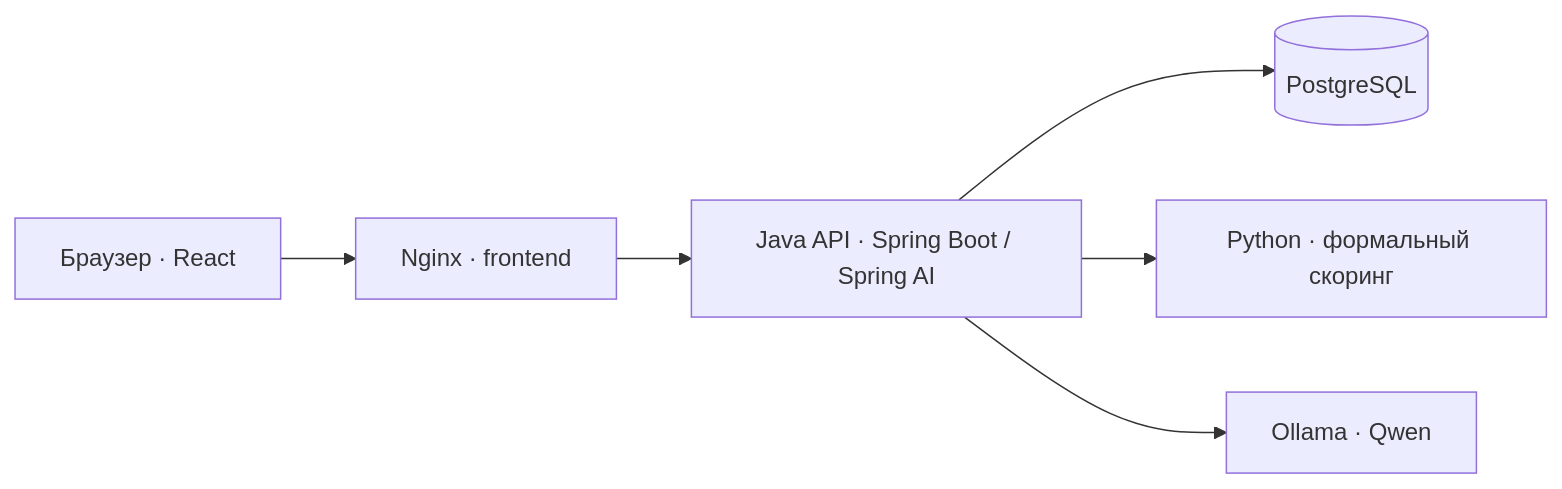
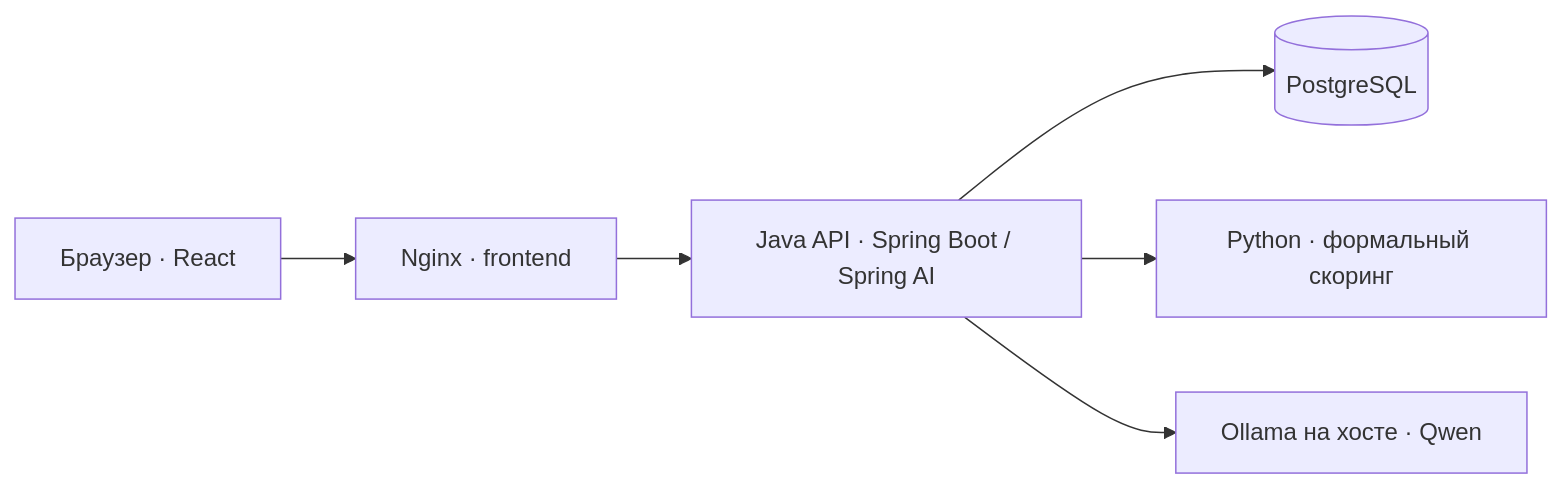
The diagram in README.md (mkuzhvv/credit-cabinet), drawn with Mermaid before and after one commit. The commit also changed other lines of this file and 14 other files, not shown here.

````diff
--- a/README.md
+++ b/README.md
@@ -152,8 +154,8 @@
 ```mermaid
 flowchart LR
     Browser["Браузер · React"] --> Web["Nginx · frontend"]
     Web --> Java["Java API · Spring Boot / Spring AI"]
     Java --> DB[("PostgreSQL")]
     Java --> Risk["Python · формальный скоринг"]
-    Java --> AI["Ollama · Qwen"]
+    Java --> AI["Ollama на хосте · Qwen"]
 ```
````
